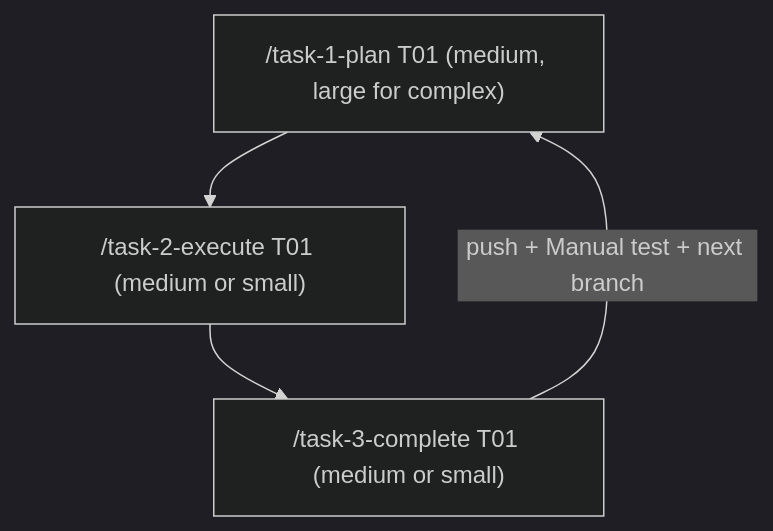
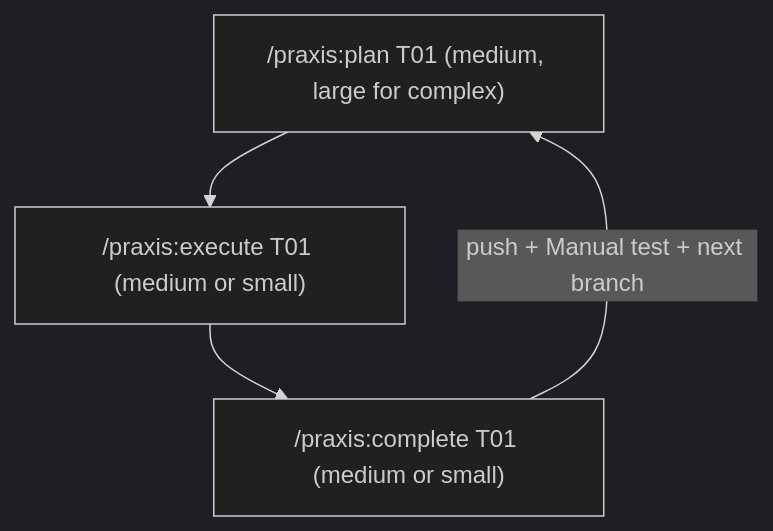
One commit to Mussiefekadu/praxis changed the diagram in README.md. Above: the diagram before and after it, drawn with Mermaid (dark theme). The commit also changed other lines of this file and 28 other files, not shown here.

````diff
--- a/README.md
+++ b/README.md
@@ -112,6 +101,6 @@
 ```mermaid
 flowchart TD
-    P["/task-1-plan T01 (medium, large for complex)"] --> E["/task-2-execute T01 (medium or small)"]
-    E --> C["/task-3-complete T01 (medium or small)"]
+    P["/praxis:plan T01 (medium, large for complex)"] --> E["/praxis:execute T01 (medium or small)"]
+    E --> C["/praxis:complete T01 (medium or small)"]
     C -->|"push + Manual test + next branch"| P
 ```
````
